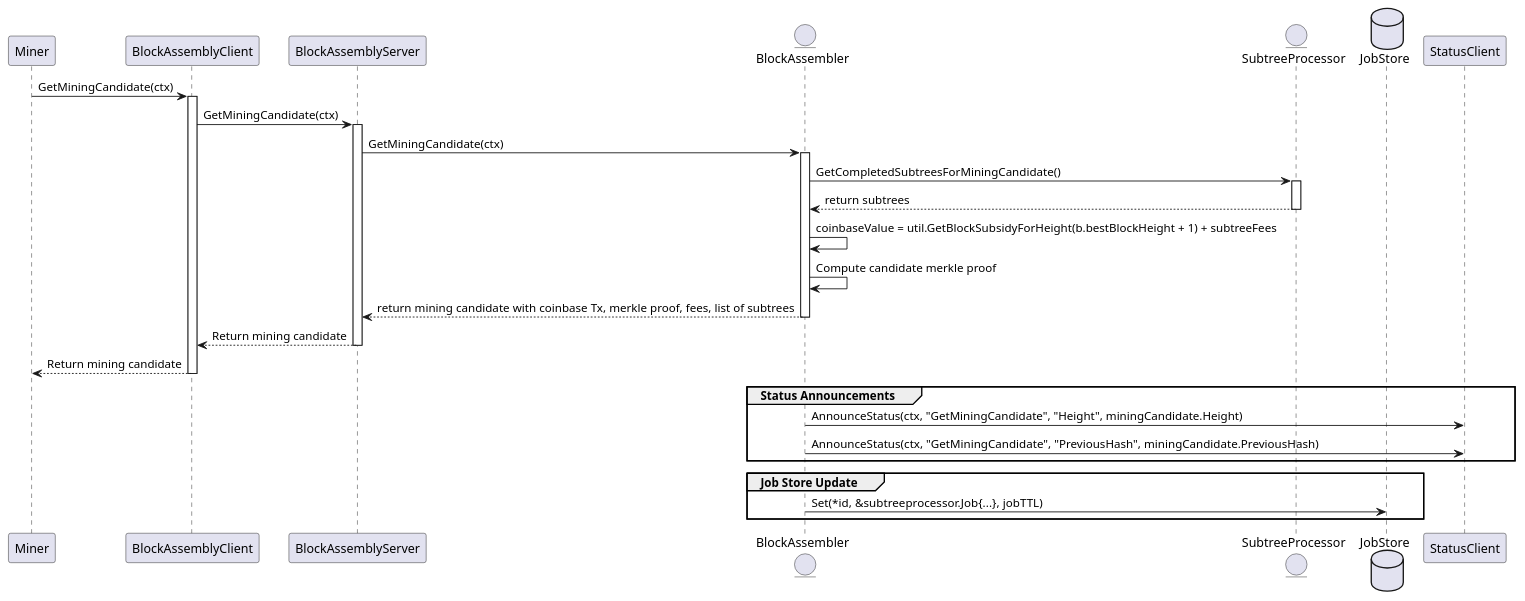
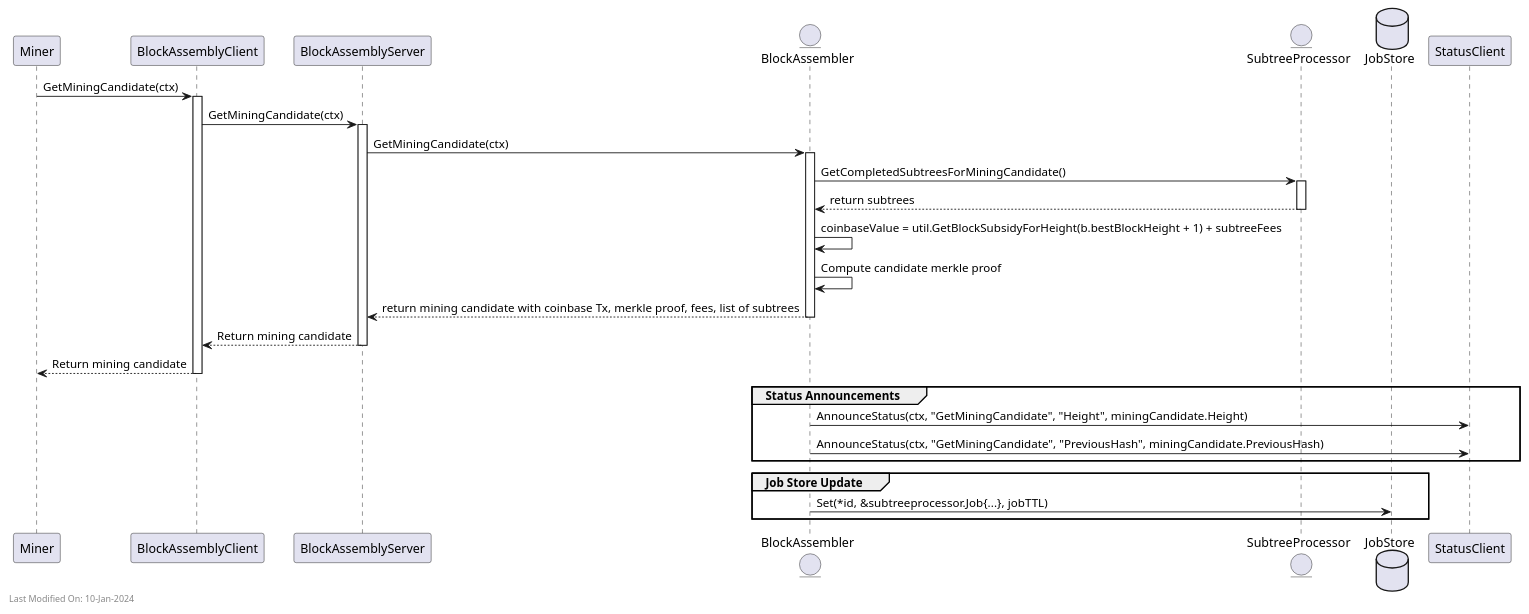
Before and after one commit to freemans13/teranode: the diagram in docs/services/img/plantuml/blockassembly/block_assembly_get_mining_candidate.puml, drawn with PlantUML. The commit also changed 151 other files, not shown here.

Commit message:
Documentation - Correct PlantUML diagrams and timestamp them for traceability

```diff
--- a/docs/services/img/plantuml/blockassembly/block_assembly_get_mining_candidate.puml
+++ b/docs/services/img/plantuml/blockassembly/block_assembly_get_mining_candidate.puml
@@ -1,44 +1,47 @@
 @startuml
 participant "Miner" as Miner
 participant "BlockAssemblyClient" as Client
 participant "BlockAssemblyServer" as Server
 entity "BlockAssembler" as Assembler
 entity "SubtreeProcessor" as SubtreeProc
 database "JobStore" as JobStore
 participant "StatusClient" as StatusClient
 
 Miner -> Client : GetMiningCandidate(ctx)
 activate Client
 
 Client -> Server : GetMiningCandidate(ctx)
 activate Server
 
 Server -> Assembler : GetMiningCandidate(ctx)
 activate Assembler
 
 Assembler -> SubtreeProc : GetCompletedSubtreesForMiningCandidate()
 activate SubtreeProc
 
 SubtreeProc --> Assembler : return subtrees
 deactivate SubtreeProc
 
 Assembler -> Assembler : coinbaseValue = util.GetBlockSubsidyForHeight(b.bestBlockHeight + 1) + subtreeFees
 Assembler -> Assembler : Compute candidate merkle proof
 Assembler --> Server : return mining candidate with coinbase Tx, merkle proof, fees, list of subtrees
 deactivate Assembler
 
 Server --> Client : Return mining candidate
 deactivate Server
 
 Client --> Miner : Return mining candidate
 deactivate Client
 
 group Status Announcements
     Assembler -> StatusClient : AnnounceStatus(ctx, "GetMiningCandidate", "Height", miningCandidate.Height)
     Assembler -> StatusClient : AnnounceStatus(ctx, "GetMiningCandidate", "PreviousHash", miningCandidate.PreviousHash)
 end
 
 group Job Store Update
     Assembler -> JobStore : Set(*id, &subtreeprocessor.Job{...}, jobTTL)
 end
+
+left footer Last Modified On: 10-Jan-2024
+
 @enduml
```
